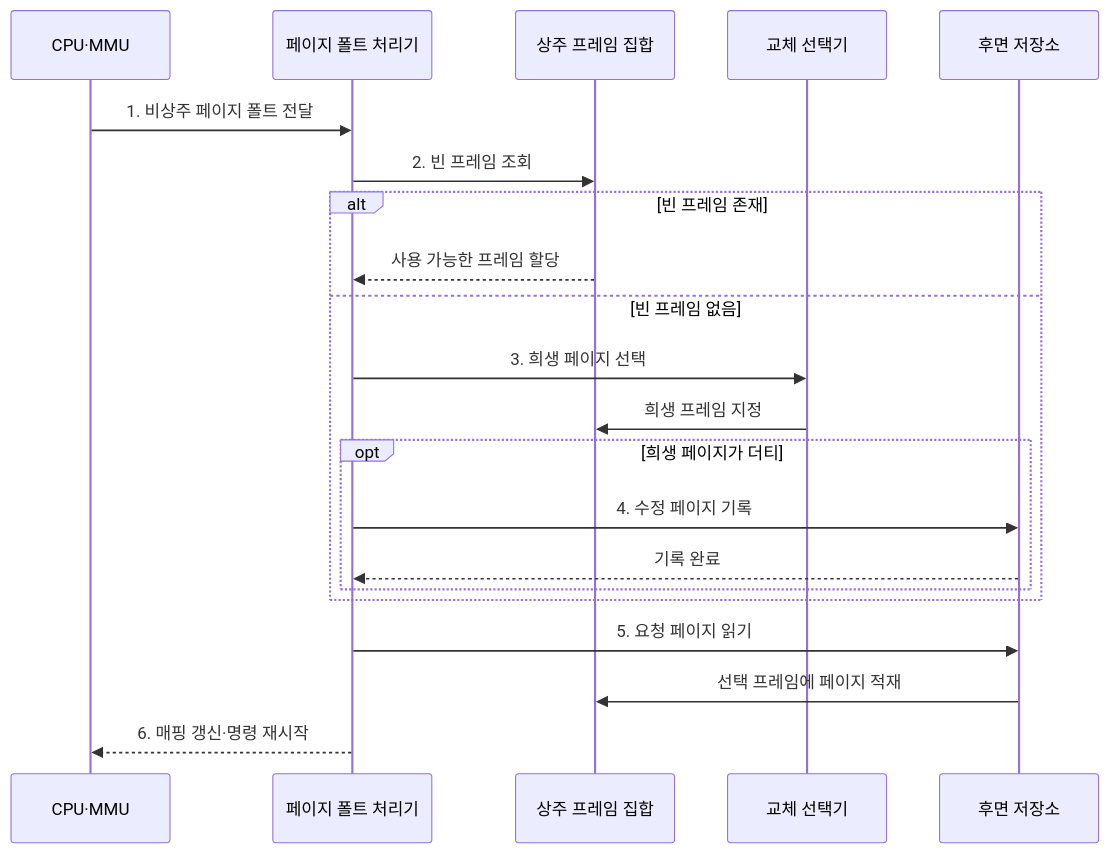
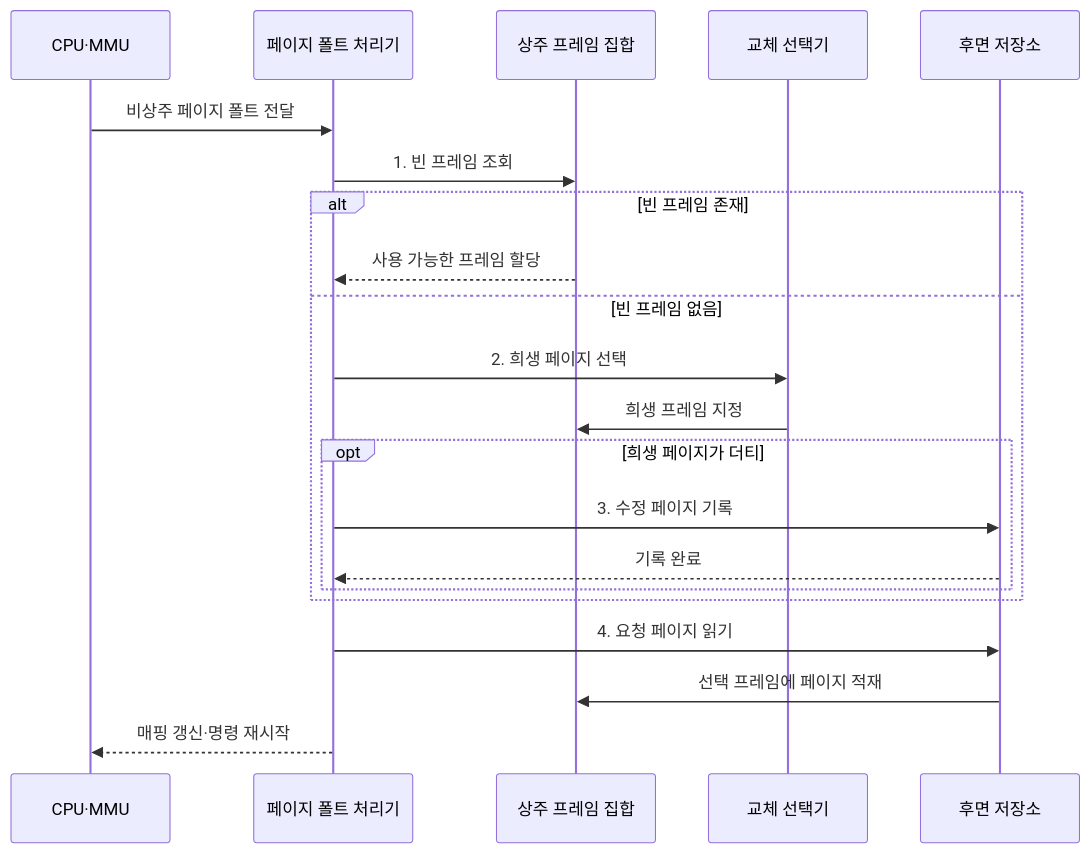
The second of 2 diagrams in src/content/docs/notes/02-hardware/018_page_replacement.md (agnusdei1207/knowledge-base), drawn with Mermaid before and after one commit. The commit also changed other lines of this file and 19 other files, not shown here.

````diff
--- a/src/content/docs/notes/02-hardware/018_page_replacement.md
+++ b/src/content/docs/notes/02-hardware/018_page_replacement.md
@@ -88,24 +88,24 @@
 ```mermaid
 sequenceDiagram
     participant C as CPU·MMU
     participant O as 페이지 폴트 처리기
     participant F as 상주 프레임 집합
     participant R as 교체 선택기
     participant S as 후면 저장소
 
-    C->>O: 1. 비상주 페이지 폴트 전달
-    O->>F: 2. 빈 프레임 조회
+    C->>O: 비상주 페이지 폴트 전달
+    O->>F: 1. 빈 프레임 조회
     alt 빈 프레임 존재
         F-->>O: 사용 가능한 프레임 할당
     else 빈 프레임 없음
-        O->>R: 3. 희생 페이지 선택
+        O->>R: 2. 희생 페이지 선택
         R->>F: 희생 프레임 지정
         opt 희생 페이지가 더티
-            O->>S: 4. 수정 페이지 기록
+            O->>S: 3. 수정 페이지 기록
             S-->>O: 기록 완료
         end
     end
-    O->>S: 5. 요청 페이지 읽기
+    O->>S: 4. 요청 페이지 읽기
     S->>F: 선택 프레임에 페이지 적재
-    O-->>C: 6. 매핑 갱신·명령 재시작
+    O-->>C: 매핑 갱신·명령 재시작
 ```
````
